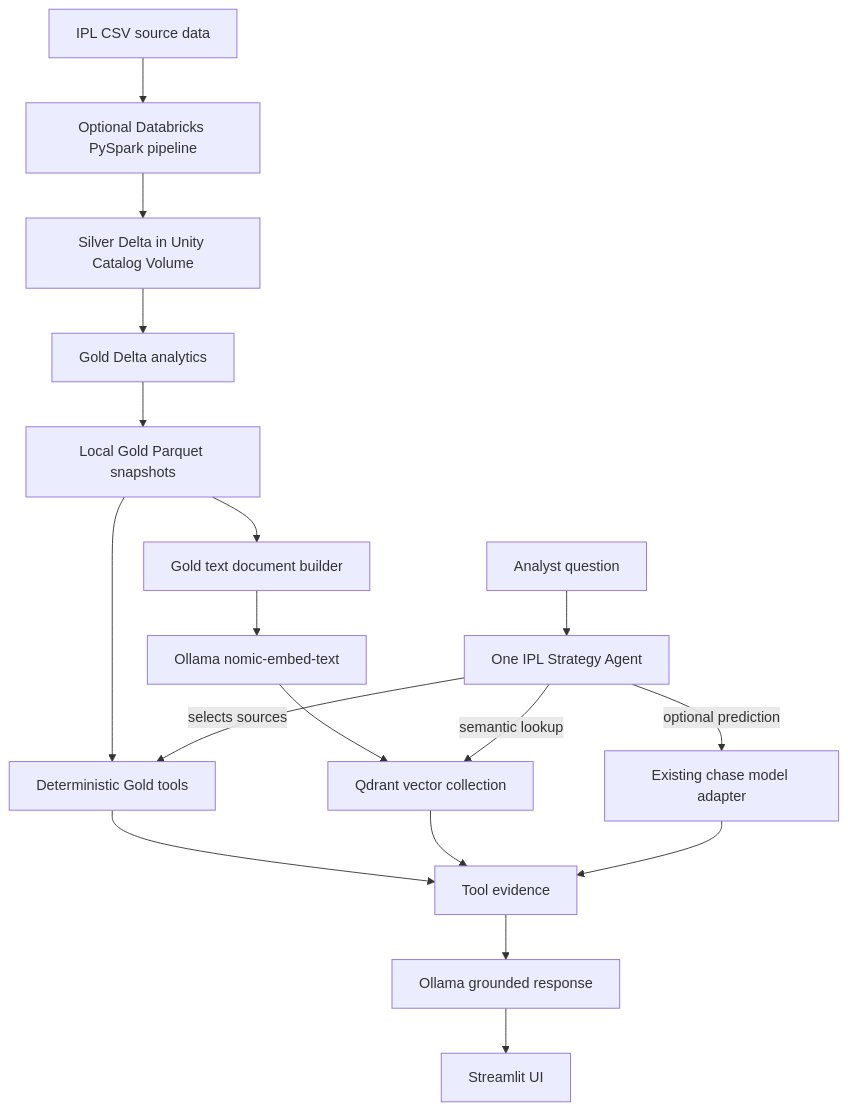
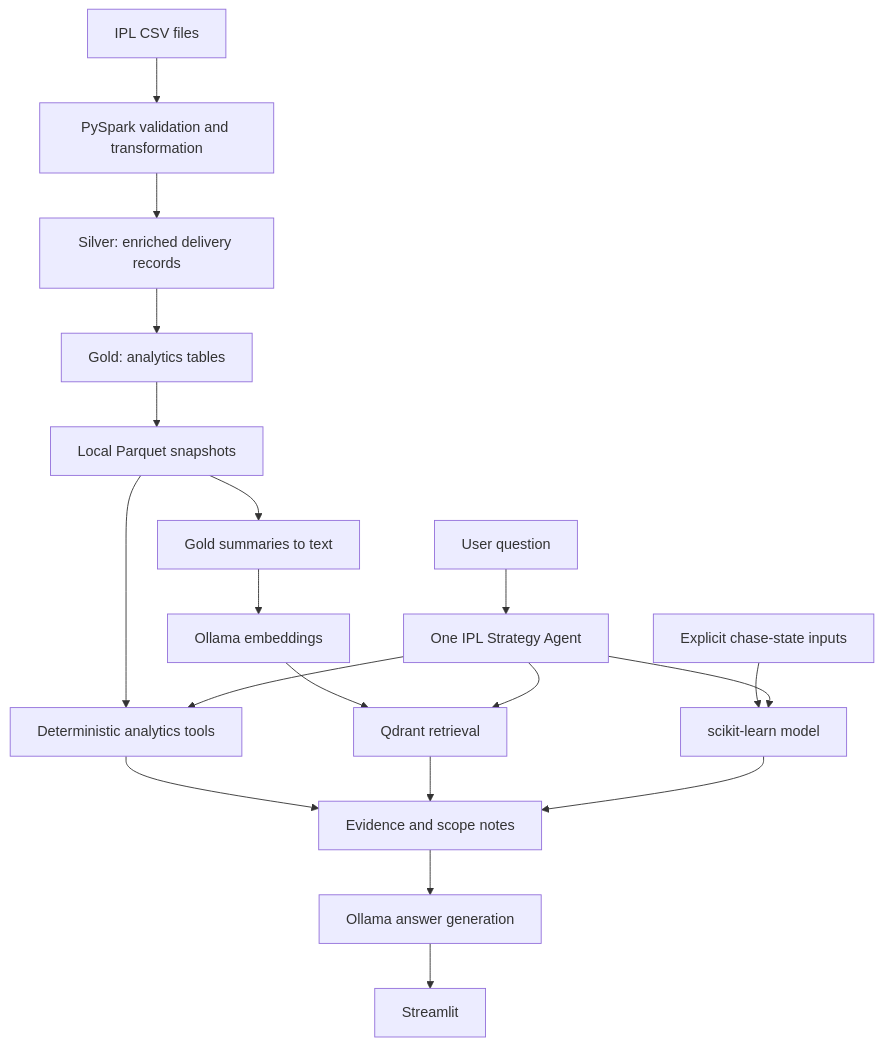
Before and after one commit to SnehaKarna/IPL-Data-Engineering-Analytics: the diagram in README.md, drawn with Mermaid. The commit also changed other lines of this file and 3 other files, not shown here.

````diff
--- a/README.md
+++ b/README.md
@@ -26,20 +17,21 @@
 ```mermaid
 flowchart TD
-    A[IPL CSV source data] --> B[Optional Databricks PySpark pipeline]
-    B --> C[Silver Delta in Unity Catalog Volume]
-    C --> D[Gold Delta analytics]
-    D --> E[Local Gold Parquet snapshots]
-    E --> F[Deterministic Gold tools]
-    E --> G[Gold text document builder]
-    G --> H[Ollama nomic-embed-text]
-    H --> I[Qdrant vector collection]
-    J[Analyst question] --> K[One IPL Strategy Agent]
-    K -->|selects sources| F
-    K -->|semantic lookup| I
-    K -->|optional prediction| L[Existing chase model adapter]
-    F --> M[Tool evidence]
-    I --> M
-    L --> M
-    M --> N[Ollama grounded response]
-    N --> O[Streamlit UI]
+    A[IPL CSV files] --> B[PySpark validation and transformation]
+    B --> C[Silver: enriched delivery records]
+    C --> D[Gold: analytics tables]
+    D --> E[Local Parquet snapshots]
+    E --> F[Deterministic analytics tools]
+    E --> G[Gold summaries to text]
+    G --> H[Ollama embeddings]
+    H --> I[Qdrant retrieval]
+    J[Explicit chase-state inputs] --> K[scikit-learn model]
+    L[User question] --> M[One IPL Strategy Agent]
+    M --> F
+    M --> I
+    M --> K
+    F --> N[Evidence and scope notes]
+    I --> N
+    K --> N
+    N --> O[Ollama answer generation]
+    O --> P[Streamlit]
 ```
````
